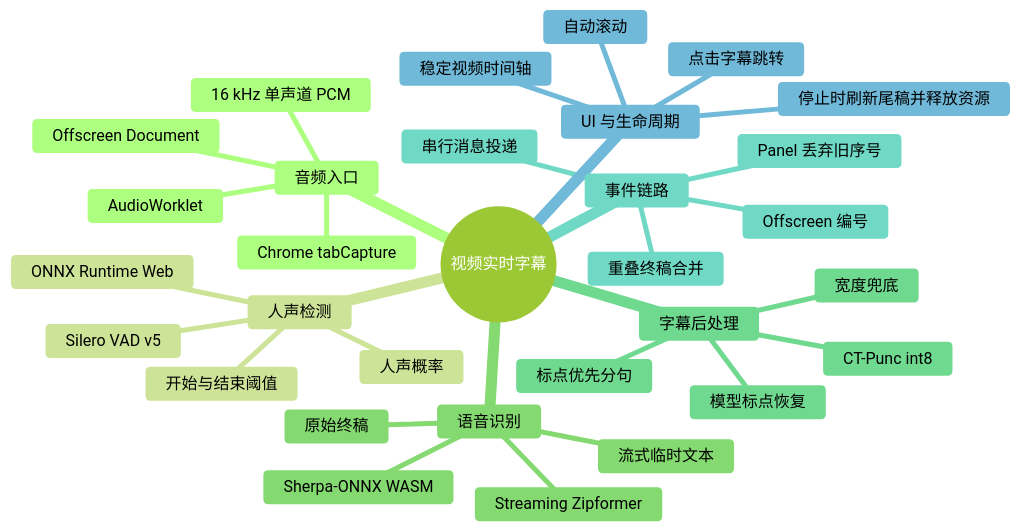
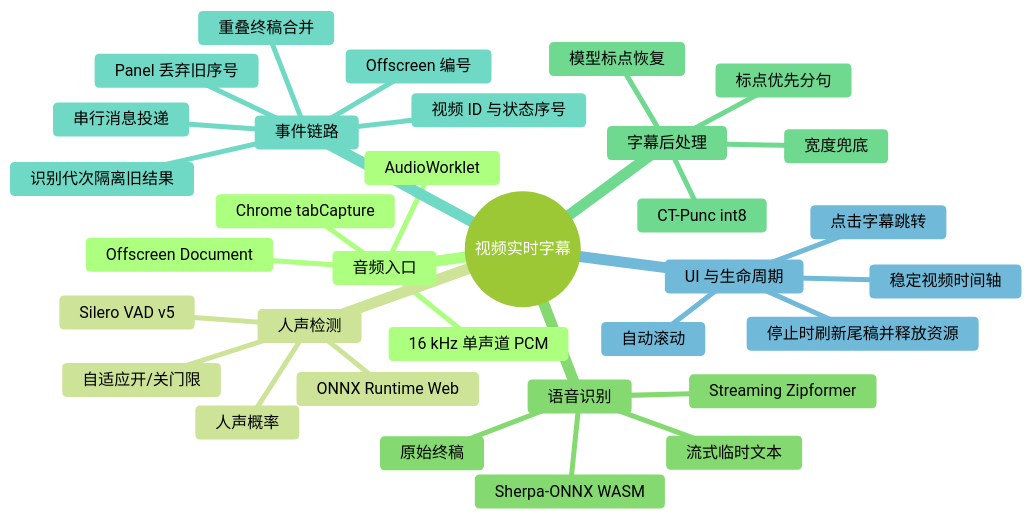
One commit to yao-Hub/video-subtitle-extension changed the diagram in docs/current-runtime-architecture.md. Above: the diagram before and after it, drawn with Mermaid (forest theme). The commit also changed other lines of this file and 21 other files, not shown here.

````diff
--- a/docs/current-runtime-architecture.md
+++ b/docs/current-runtime-architecture.md
@@ -17,34 +17,36 @@
 ```mermaid
 mindmap
   root((视频实时字幕))
     音频入口
       Chrome tabCapture
       Offscreen Document
       AudioWorklet
       16 kHz 单声道 PCM
     人声检测
       Silero VAD v5
       ONNX Runtime Web
       人声概率
-      开始与结束阈值
+      自适应开/关门限
     语音识别
       Streaming Zipformer
       Sherpa-ONNX WASM
       流式临时文本
       原始终稿
     字幕后处理
       CT-Punc int8
       模型标点恢复
       标点优先分句
       宽度兜底
     事件链路
+      识别代次隔离旧结果
       Offscreen 编号
       串行消息投递
       Panel 丢弃旧序号
+      视频 ID 与状态序号
       重叠终稿合并
     UI 与生命周期
       稳定视频时间轴
       自动滚动
       点击字幕跳转
       停止时刷新尾稿并释放资源
 ```
````
